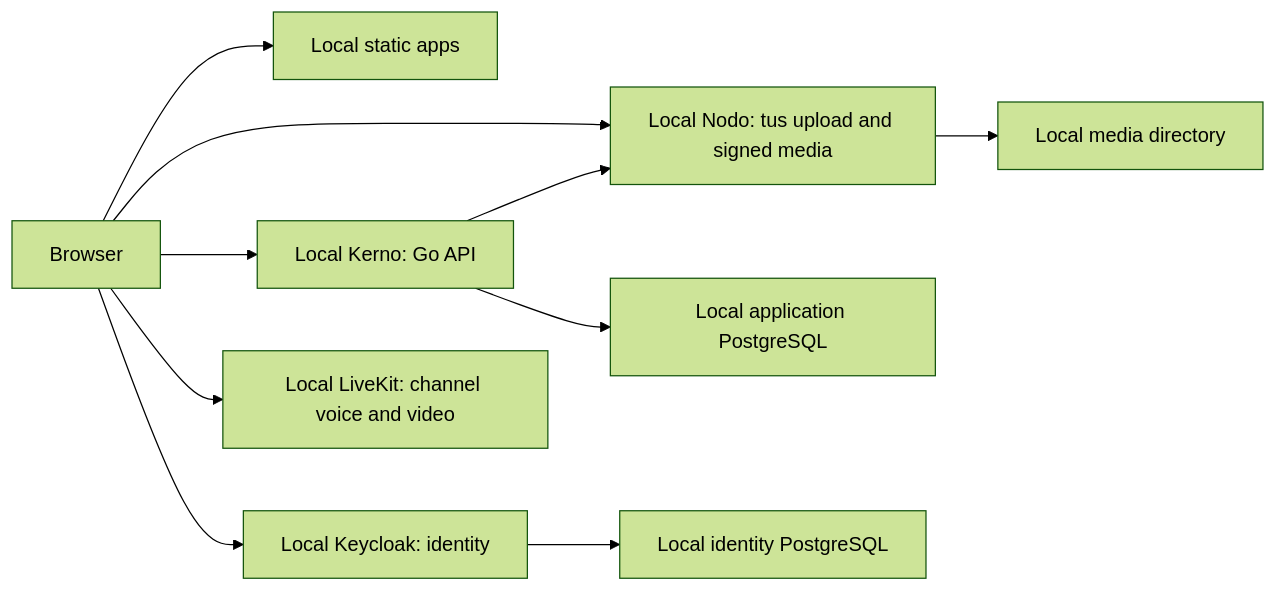
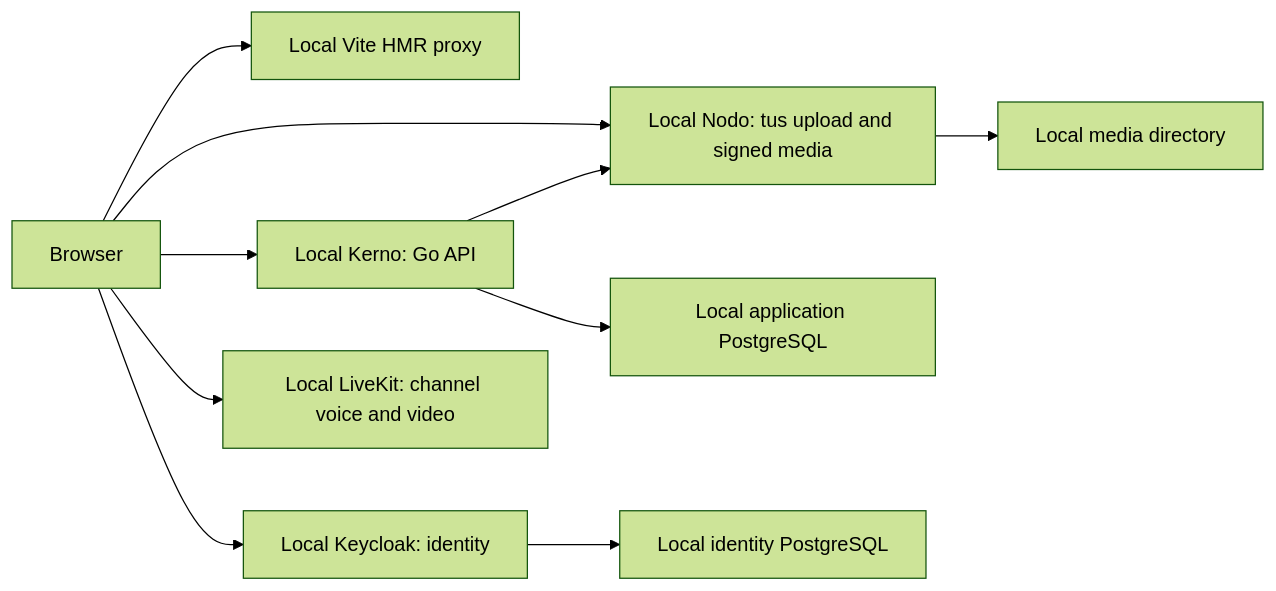
The diagram in docs/architecture.md (druckheil/Kaordo), drawn with Mermaid (forest theme) before and after one commit. The commit also changed other lines of this file and 11 other files, not shown here.

Commit message:
Add HMR to local development stack

````diff
--- a/docs/architecture.md
+++ b/docs/architecture.md
@@ -5,12 +5,12 @@
 ```mermaid
 flowchart LR
-  Browser --> Site[Local static apps]
+  Browser --> Site[Local Vite HMR proxy]
   Browser --> Kerno[Local Kerno: Go API]
   Browser --> Keycloak[Local Keycloak: identity]
   Browser --> Nodo[Local Nodo: tus upload and signed media]
   Browser --> LiveKit[Local LiveKit: channel voice and video]
   Kerno --> AppDB[Local application PostgreSQL]
   Keycloak --> IdentityDB[Local identity PostgreSQL]
   Kerno --> Nodo
   Nodo --> Disks[Local media directory]
 ```
````
